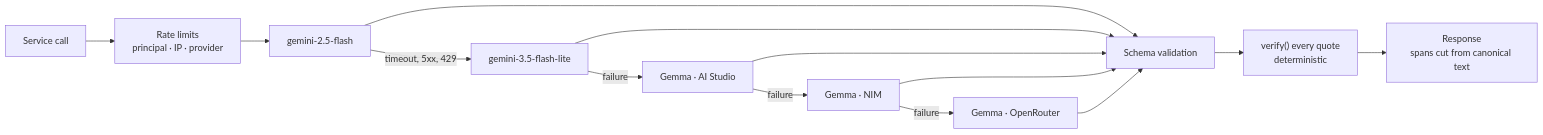
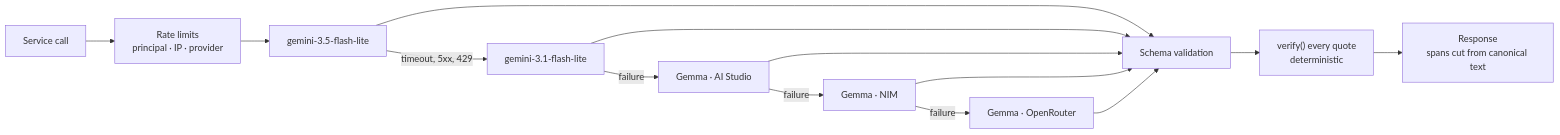
Before and after one commit to SawhneySatvik/sanad: the diagram in README.md, drawn with Mermaid. The commit also changed other lines of this file and 1 other file, not shown here.

Commit message:
Docs name the Flash Lite model chain and its daily quotas

````diff
--- a/README.md
+++ b/README.md
@@ -116,12 +116,12 @@
 ```mermaid
 flowchart LR
     Q["Service call"] --> RL["Rate limits<br/>principal · IP · provider"]
-    RL --> T1["gemini-2.5-flash"]
-    T1 -->|"timeout, 5xx, 429"| T2["gemini-3.5-flash-lite"]
+    RL --> T1["gemini-3.5-flash-lite"]
+    T1 -->|"timeout, 5xx, 429"| T2["gemini-3.1-flash-lite"]
     T2 -->|"failure"| T3["Gemma · AI Studio"]
     T3 -->|"failure"| T4["Gemma · NIM"]
     T4 -->|"failure"| T5["Gemma · OpenRouter"]
     T1 & T2 & T3 & T4 & T5 --> S["Schema validation"]
     S --> V["verify() every quote<br/>deterministic"]
     V --> R["Response<br/>spans cut from canonical text"]
 ```
````
